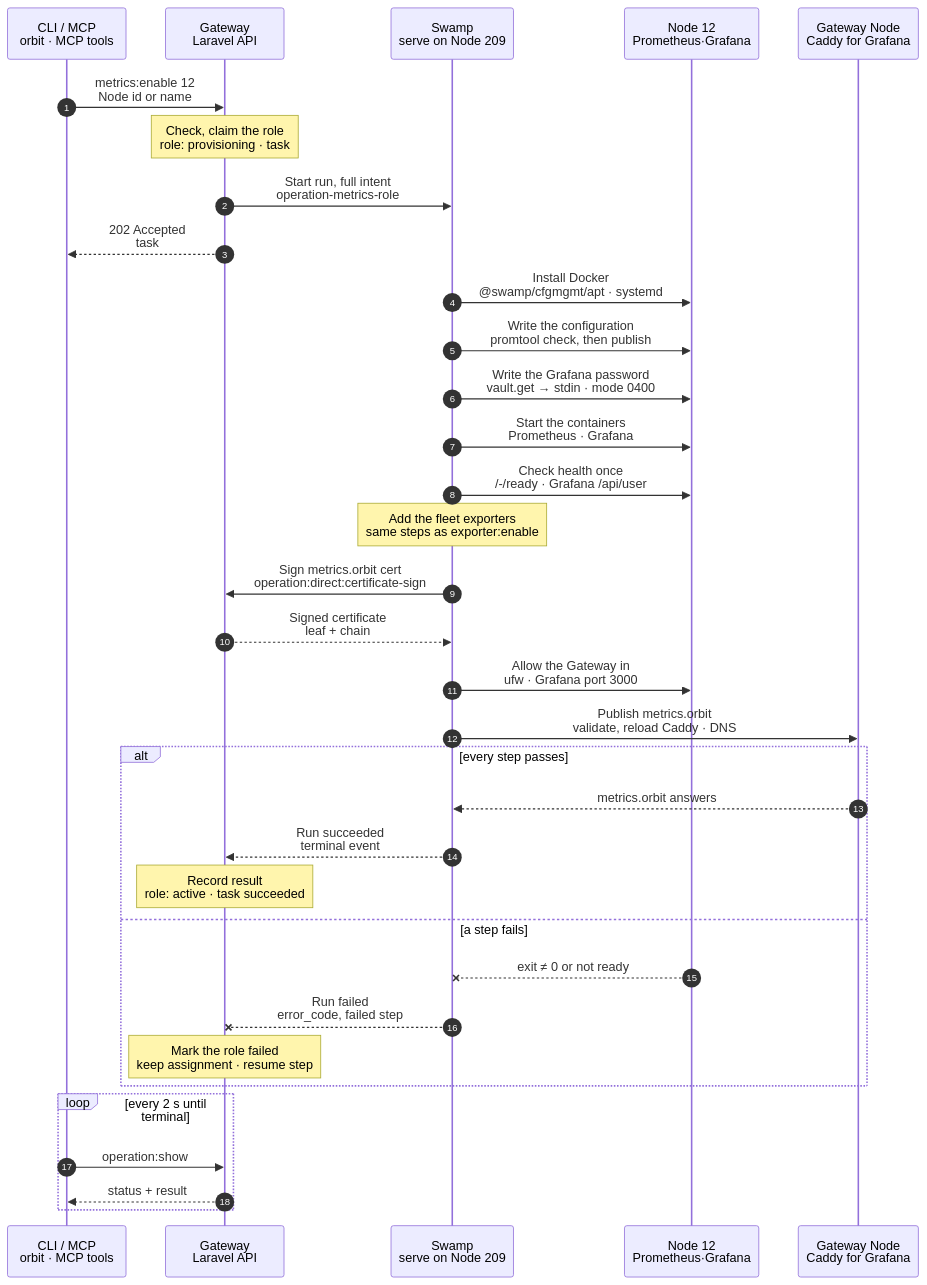
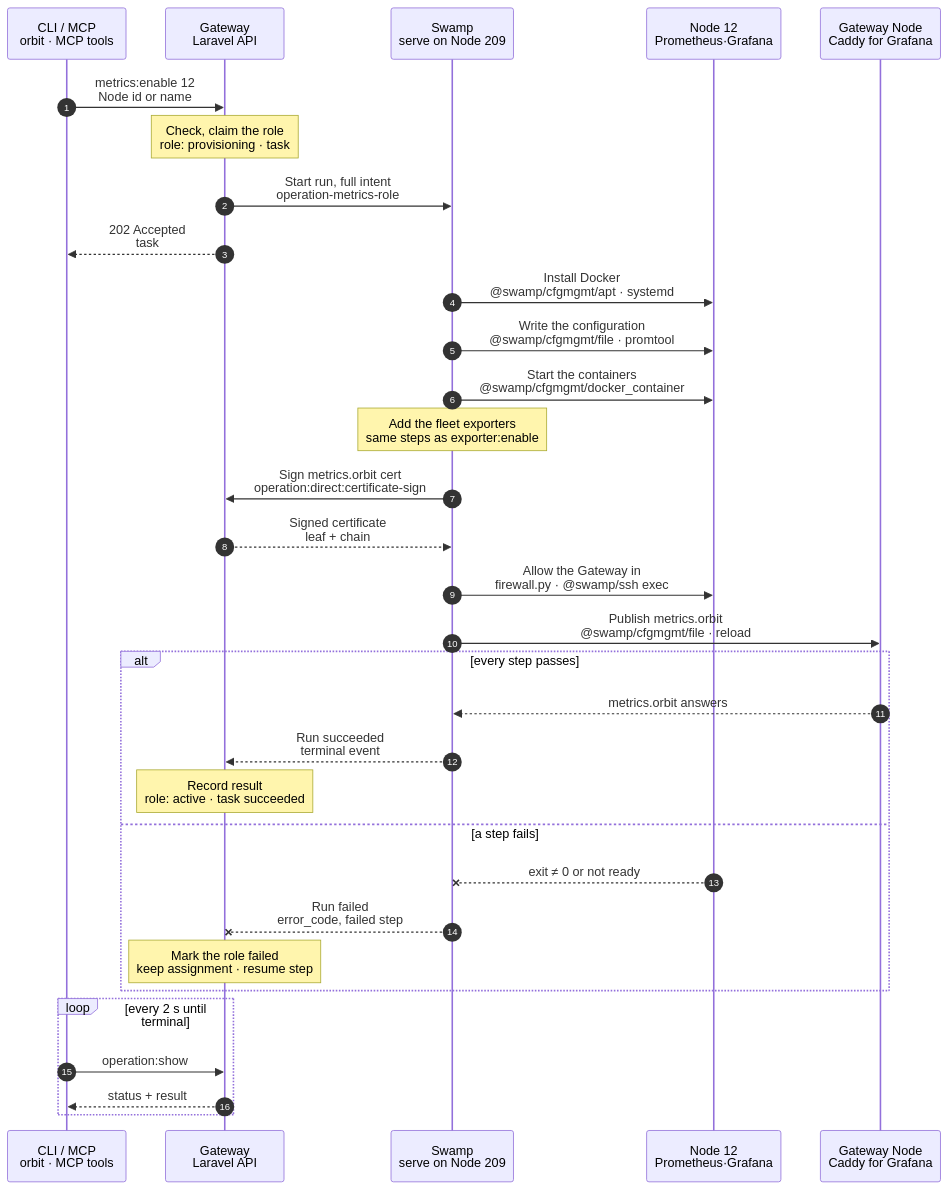
One commit to hardimpactdev/orbit changed the diagram in docs/cli/metrics/enable.mmd. Above: the diagram before and after it, drawn with Mermaid. The commit also changed 6 other files, not shown here.

First line of the commit message:
docs(cli): tighten2 wave 7 charts (node.add, node.role_add, node.role_converge, node.role_remove, node.remove, metrics.enable, metrics.disable)

```diff
--- a/docs/cli/metrics/enable.mmd
+++ b/docs/cli/metrics/enable.mmd
@@ -1,141 +1,141 @@
 sequenceDiagram
   %% Target design: ADR 0244 task, DECISIONS R1-R4 + 1 (certificate signing is the one step call), metrics.exporter_enable decisions (reload, don't restart), single-swamp-node. docs/reference/metrics.md.
+  %% Tightened: flow-tighten 2026-11-02, rules 6, 9, 22 (configuration and Grafana password in one cfgmgmt file step; health read folded into the start; the end check is metrics.orbit; ordered Grafana rules use firewall.py).
   %% status: draft
   %% command: metrics:enable
   %% kind: metrics.enable
   autonumber
   %% lane CLI icon=terminal pill=caller tone=gray
   %% lane GW icon=gateway pill=intent tone=blue
   %% lane SW icon=workflow pill=executes tone=green
   %% lane N icon=server pill=target tone=amber
   %% lane G icon=server pill=target tone=purple
   participant CLI as CLI / MCP<br/>orbit · MCP tools
   participant GW as Gateway<br/>Laravel API
   participant SW as Swamp<br/>serve on Node 209
   participant N as Node 12<br/>Prometheus·Grafana
   participant G as Gateway Node<br/>Caddy for Grafana
   CLI->>GW: metrics:enable 12<br/>Node id or name
   %%> Command:
   %%> - `orbit metrics:enable 12`
   %%> - syntax: `[node] [--json]`
   %%> Input:
   %%> - the Node that runs Prometheus and Grafana; in a terminal the CLI lists the active Nodes and asks
   %%> - with `--json` or without a terminal, the Node is required (`metrics.node_required`)
   %%> What it does:
   %%> - gives Node 12 the `metrics` role, and shows its dashboards at `https://metrics.orbit`
   Note over GW: Check, claim the role<br/>role: provisioning · task #5173
   %%> Requirements:
   %%> - exactly one active Gateway Node, and your Node has an access grant to it
   %%> - Node 12 is an active, managed Linux Node
   %%> - no Node has the `metrics` role yet, not even a failed one (`node.role_conflict`)
   %%> - no other Metrics change runs; the Gateway holds one Metrics lock
   %%> Builds:
   %%> - the Prometheus configuration with every selected exporter Node as a target
   %%> - Grafana's datasource and 3 dashboards, and both container specs with pinned images
   %%> - the Grafana firewall rules, the Caddy site on the Gateway Node, and the private DNS name
   %%> Secrets:
   %%> - creates the Grafana `admin` password once, stored encrypted; a later enable reuses it
   %%> - pushes it to the Swamp vault as key `metrics-role-operation-5173`; the inputs hold only that name
   %%> Result:
   %%> - the `metrics` assignment on Node 12 recorded with status provisioning
   %%> - task #5173 recorded with the full intent
   GW->>SW: Start run, full intent<br/>operation-metrics-role
   %%> What it does:
   %%> - starts one Swamp run on serve (Node 209)
   %%> Inputs:
   %%> - the configuration files, container specs, exporter list and publication
   %%> - the vault key name of the Grafana password
   %%> - Node 12's and the Gateway Node's addresses and SSH host keys; the SSH identity comes from the `swamp` role
   GW-->>CLI: 202 Accepted<br/>task #5173
   %%> What you get:
   %%> - the task number, at once
   %%> Next:
   %%> - the CLI follows the task with `operation:show`
   SW->>N: Install Docker<br/>@swamp/cfgmgmt/apt · systemd
   %%> What it does:
   %%> - installs `docker.io` when no healthy Docker is present, and keeps it running
   %%> - waits for a busy apt lock within the run's time budget
-  SW->>N: Write the configuration<br/>promtool check, then publish
+  SW->>N: Write the configuration<br/>@swamp/cfgmgmt/file · promtool
   %%> What it does:
   %%> - writes the Prometheus configuration as a candidate and validates it with `promtool` first
   %%> - publishes it and the Grafana provisioning files in `/etc/orbit/metrics`
+  %%> - writes the Grafana password from `vault.get`, mode 0400, in the same step
   %%> How:
   %%> - official `@swamp/cfgmgmt/directory` and `@swamp/cfgmgmt/file` behaviors over SSH from 209
-  SW->>N: Write the Grafana password<br/>vault.get → stdin · mode 0400
-  %%> What it does:
-  %%> - reads the password from the vault and writes the protected password file through stdin
-  %%> Why:
-  %%> - the password never appears in inputs, outputs or logs (R3)
-  SW->>N: Start the containers<br/>Prometheus · Grafana
+  %%> Why one step:
+  %%> - the password file is part of the Grafana configuration; it never appears in inputs, outputs or logs (R3)
+  SW->>N: Start the containers<br/>@swamp/cfgmgmt/docker_container
   %%> What it does:
   %%> - pulls the pinned images and starts `orbit-metrics-prometheus` and `orbit-metrics-grafana`
   %%> - keeps the named data volumes, so a re-enable continues with the old data
   %%> Gentle:
   %%> - a container whose spec is unchanged keeps running; only a changed configuration is applied, with a Prometheus reload
   %%> - a container is recreated only when its spec or image changes
   %%> How:
   %%> - official `@swamp/cfgmgmt` behaviors (docker_image, systemd, docker_container) over SSH from 209
-  SW->>N: Check health once<br/>/-/ready · Grafana /api/user
-  %%> What it does:
-  %%> - checks Prometheus answers ready, and Grafana accepts the `admin` login
+  %%> Read-back:
+  %%> - the `docker_container` check, then one bounded `timeout 60` wait for Prometheus `/-/ready`; the Grafana login is proven by the end check through `metrics.orbit`
   Note over SW: Add the fleet exporters<br/>same steps as exporter:enable
   %%> What it does:
   %%> - for each selected Node: the exporters, their WireGuard listeners and the firewall allows for Node 12
   %%> - the same steps that `metrics:exporter:enable` runs for one Node
   %%> Which Nodes:
   %%> - every eligible Node with a role that takes part in Metrics, or an `enabled` preference, and Node 12 itself
   SW->>GW: Sign metrics.orbit cert<br/>operation:direct:certificate-sign
   %%> How:
   %%> - a step creates the key on the Gateway Node and reads only the CSR
   %%> - the Gateway signs it with the Orbit CA; this is the one call a step may make to the Gateway
   GW-->>SW: Signed certificate<br/>leaf + chain
   %%> What happens next:
   %%> - Swamp writes the certificate beside its key on the Gateway Node
-  SW->>N: Allow the Gateway in<br/>ufw · Grafana port 3000
+  SW->>N: Allow the Gateway in<br/>firewall.py · @swamp/ssh exec
   %%> What it does:
   %%> - allows only the Gateway Node to reach Grafana on port 3000, and denies other peers
   %%> - places the allow above the deny, and both above broad WireGuard trust
   %%> How:
-  %%> - official `@swamp/cfgmgmt/firewall` over SSH from 209
-  SW->>G: Publish metrics.orbit<br/>validate, reload Caddy · DNS
+  %%> - `firewall.py`, the one named gap: the allow and deny must sit above the managed WireGuard trust, and `@swamp/cfgmgmt/firewall` has no insert position
+  SW->>G: Publish metrics.orbit<br/>@swamp/cfgmgmt/file · reload
   %%> What it does:
   %%> - adds the `metrics.orbit` site to the Gateway Node's Caddyfile, validates it, and reloads Caddy gracefully
   %%> - Caddy asks the Gateway to authorize each request, then proxies over WireGuard to Grafana
   %%> - publishes `metrics.orbit` to the Gateway's WireGuard address through the shared DNS step on the `vpn` Node
+  %%> Why a record:
+  %%> - `metrics.orbit` names one service on the Gateway Node; no Cluster or Node TLD answer covers it
   alt every step passes
     G-->>SW: metrics.orbit answers
     %%> Returns:
     %%> - Caddy serves the site with the new certificate
     SW-->>GW: Run succeeded<br/>terminal event
     %%> How the Gateway learns it:
     %%> - its shared run reader sees the terminal event; Swamp never calls the Gateway for a result
     Note over GW: Record result<br/>role: active · task succeeded
     %%> Result:
     %%> - the `metrics` role on Node 12 becomes active
     %%> - each fleet exporter is recorded as active
     %%> - task #5173 succeeds
   else a step fails
     N--xSW: exit ≠ 0 or not ready
     %%> When:
     %%> - a package, config validation, container, health check, exporter, certificate, firewall or Caddy step fails
     SW--xGW: Run failed<br/>error_code, failed step
     %%> The Gateway reads:
     %%> - which step failed and its error code
     Note over GW: Mark the role failed<br/>keep assignment · resume step
     %%> Result:
     %%> - the assignment and the Grafana password stay; the role is marked failed with the step's error code
     %%> - task #5173 fails
     %%> On the Node:
     %%> - finished steps stay, so a publication failure keeps the running containers; there is no rollback
     %%> Retry:
     %%> - Swamp resumes from the failed step; finished steps don't run again
     %%> - a new enable is refused while the failed assignment exists; converge it with `orbit node:role:add 12 metrics --converge`
   end
   loop every 2 s until terminal
     CLI->>GW: operation:show #5173
     %%> What it does:
     %%> - asks for the task's status every 2 seconds until it has ended
     GW-->>CLI: status + result
     %%> Returns:
     %%> - the current status, and the result once the task has ended
   end
```
